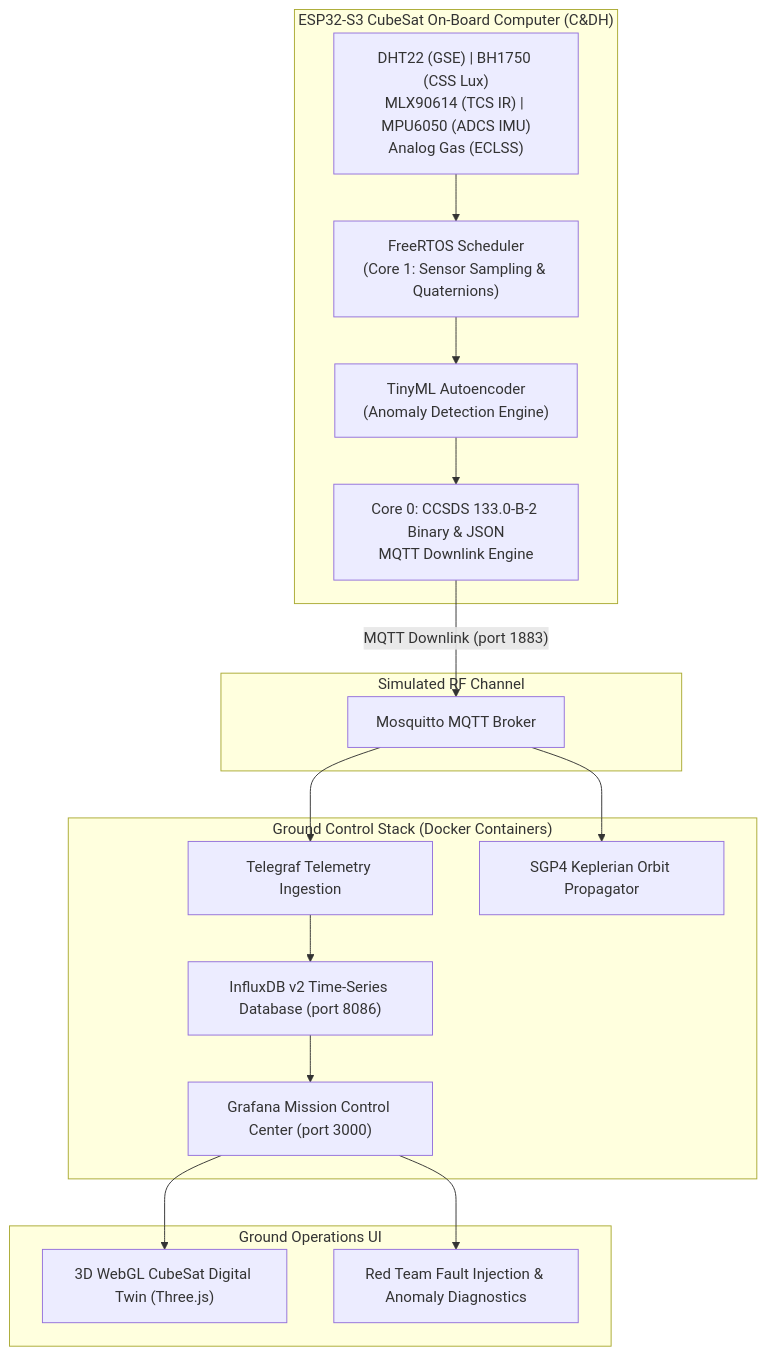
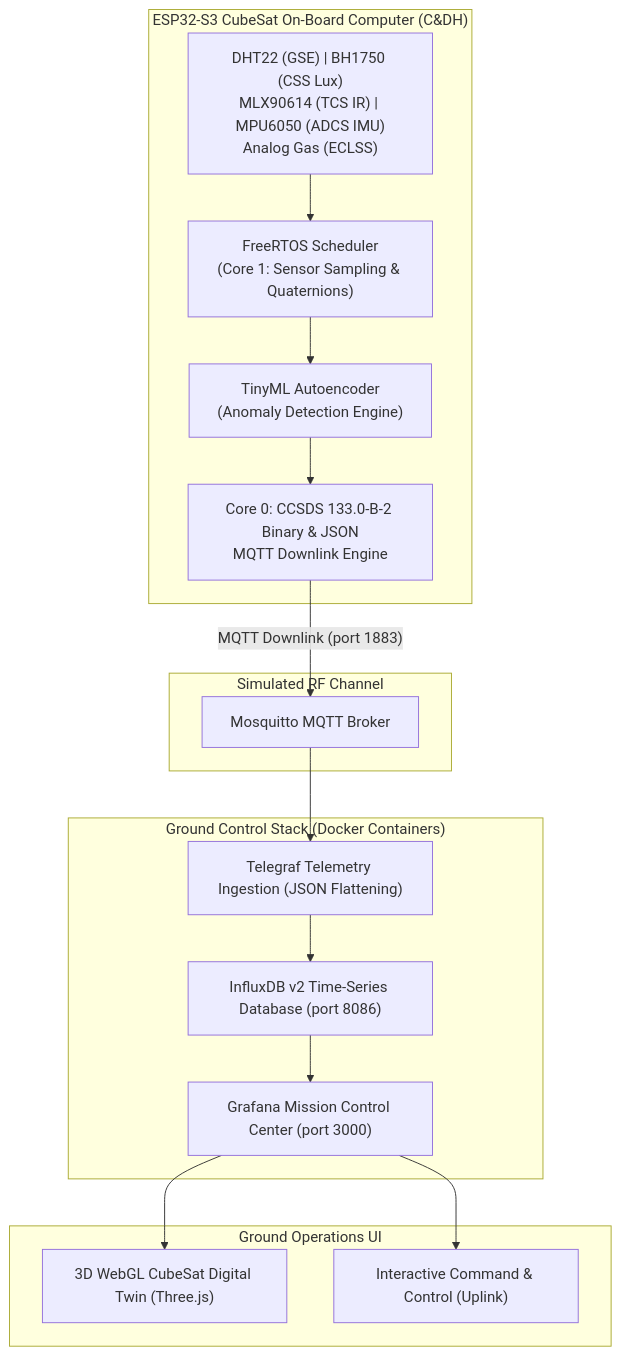
One commit to AbhishekhVerma/Ruya-Spacepoint-Competition changed the diagram in README.md. Above: the diagram before and after it, drawn with Mermaid. The commit also changed other lines of this file and 2 other files, not shown here.

````diff
--- a/README.md
+++ b/README.md
@@ -16,24 +16,23 @@
 ```mermaid
 flowchart TD
     subgraph Spacecraft["ESP32-S3 CubeSat On-Board Computer (C&DH)"]
         Sensors["DHT22 (GSE) | BH1750 (CSS Lux)\nMLX90614 (TCS IR) | MPU6050 (ADCS IMU)\nAnalog Gas (ECLSS)"] --> FreeRTOS["FreeRTOS Scheduler\n(Core 1: Sensor Sampling & Quaternions)"]
         FreeRTOS --> EdgeAI["TinyML Autoencoder\n(Anomaly Detection Engine)"]
         EdgeAI --> Downlink["Core 0: CCSDS 133.0-B-2 Binary & JSON\nMQTT Downlink Engine"]
     end
 
     subgraph Downlink_Channel["Simulated RF Channel"]
         Downlink -- "MQTT Downlink (port 1883)" --> Mosquitto["Mosquitto MQTT Broker"]
     end
 
     subgraph GroundSegment["Ground Control Stack (Docker Containers)"]
-        Mosquitto --> Telegraf["Telegraf Telemetry Ingestion"]
-        Mosquitto --> SGP4["SGP4 Keplerian Orbit Propagator"]
+        Mosquitto --> Telegraf["Telegraf Telemetry Ingestion (JSON Flattening)"]
         Telegraf --> InfluxDB["InfluxDB v2 Time-Series Database (port 8086)"]
         InfluxDB --> Grafana["Grafana Mission Control Center (port 3000)"]
     end
 
     subgraph UI["Ground Operations UI"]
         Grafana --> DigitalTwin["3D WebGL CubeSat Digital Twin (Three.js)"]
-        Grafana --> Faults["Red Team Fault Injection & Anomaly Diagnostics"]
+        Grafana --> Faults["Interactive Command & Control (Uplink)"]
     end
 ```
````
